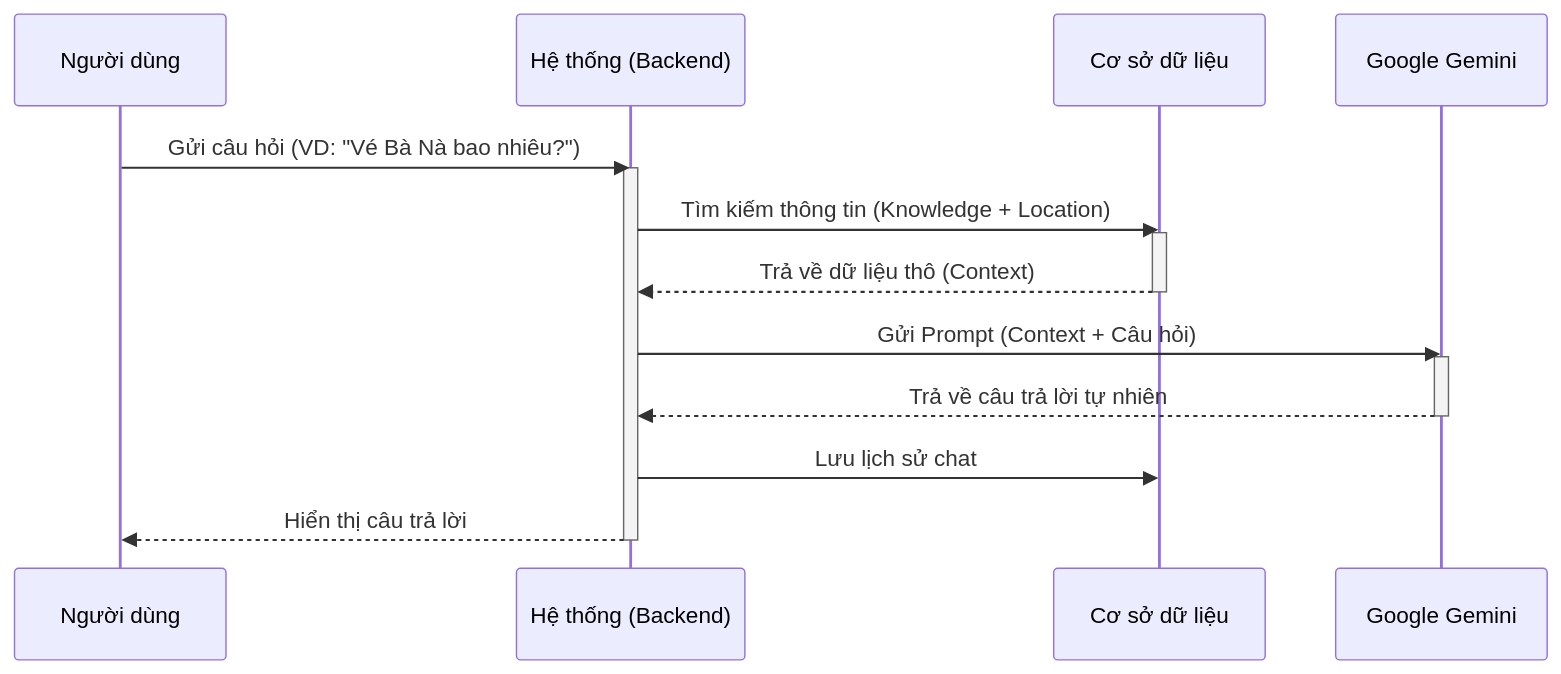
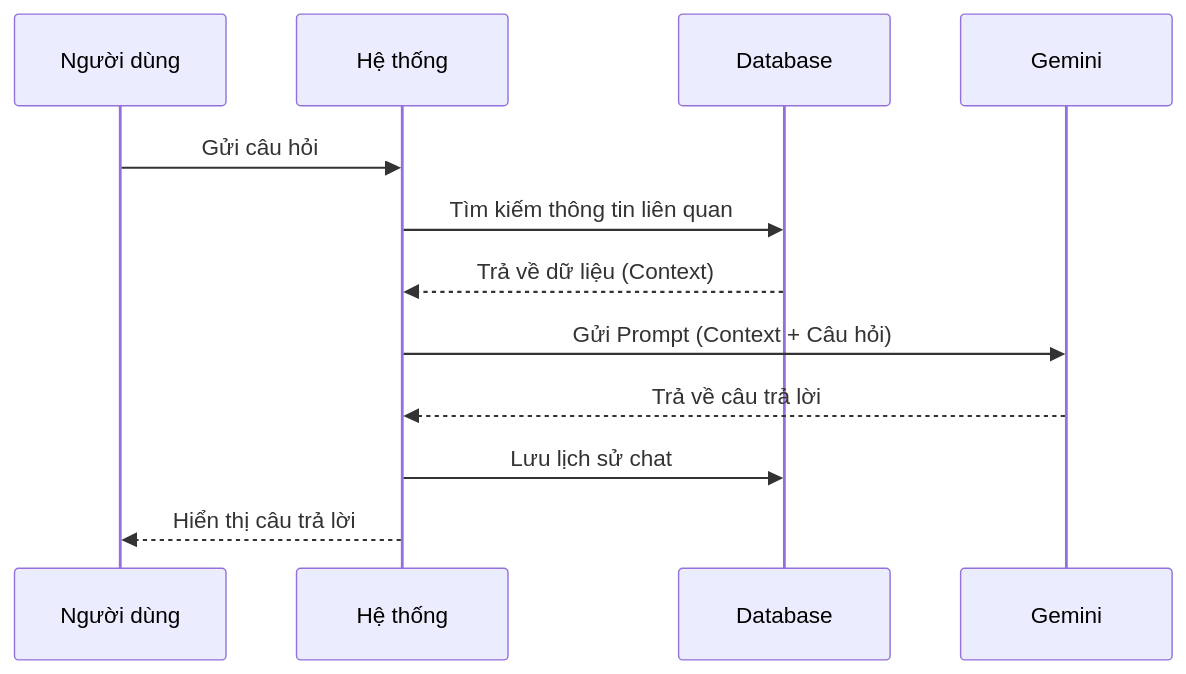
One commit to Doggie-H/Dana-Travel changed the fifth of 5 diagrams in docs/ARCHITECTURE.md. Above: the diagram before and after it, drawn with Mermaid. The commit also changed other lines of this file, not shown here.

````diff
--- a/docs/ARCHITECTURE.md
+++ b/docs/ARCHITECTURE.md
@@ -245,24 +157,15 @@
 ```mermaid
 sequenceDiagram
     participant User as Người dùng
-    participant System as Hệ thống (Backend)
-    participant DB as Cơ sở dữ liệu
-    participant AI as Google Gemini
+    participant System as Hệ thống
+    participant DB as Database
+    participant AI as Gemini
 
-    User->>System: Gửi câu hỏi (VD: "Vé Bà Nà bao nhiêu?")
-    activate System
-    
-    System->>DB: Tìm kiếm thông tin (Knowledge + Location)
-    activate DB
-    DB-->>System: Trả về dữ liệu thô (Context)
-    deactivate DB
-    
+    User->>System: Gửi câu hỏi
+    System->>DB: Tìm kiếm thông tin liên quan
+    DB-->>System: Trả về dữ liệu (Context)
     System->>AI: Gửi Prompt (Context + Câu hỏi)
-    activate AI
-    AI-->>System: Trả về câu trả lời tự nhiên
-    deactivate AI
-    
+    AI-->>System: Trả về câu trả lời
     System->>DB: Lưu lịch sử chat
     System-->>User: Hiển thị câu trả lời
-    deactivate System
 ```
````
